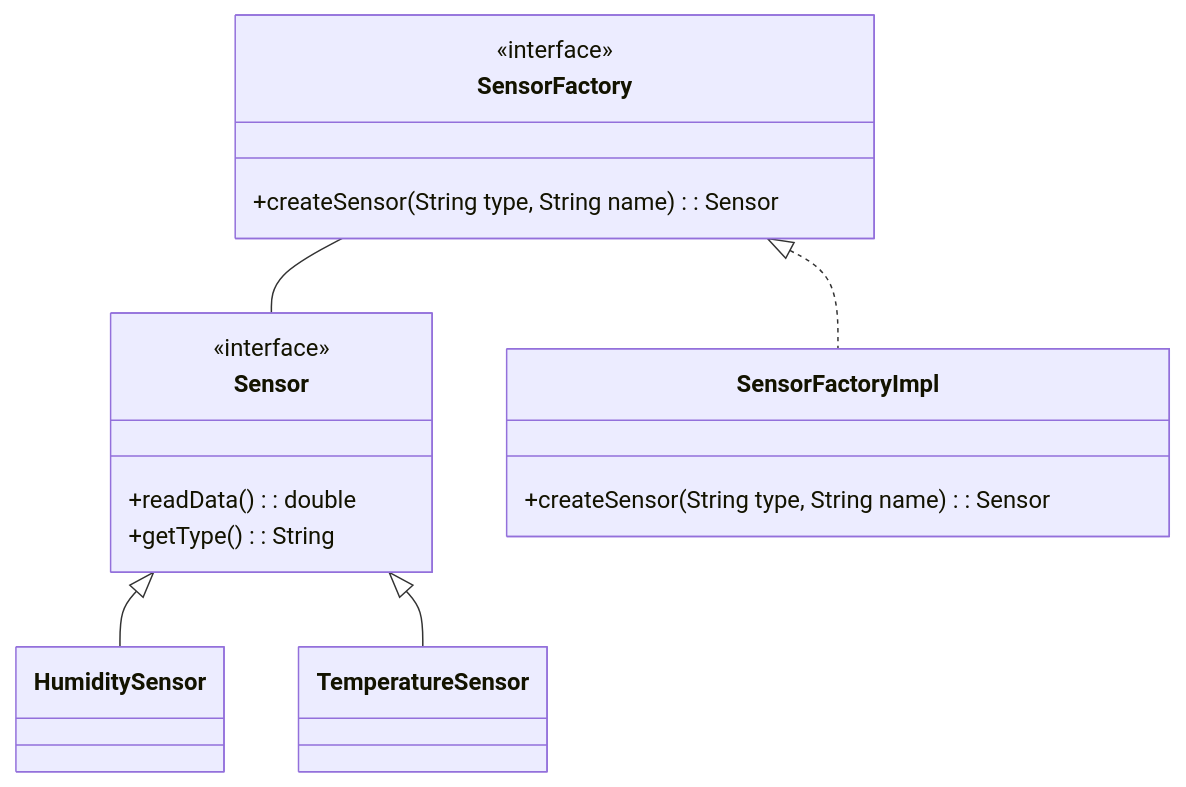
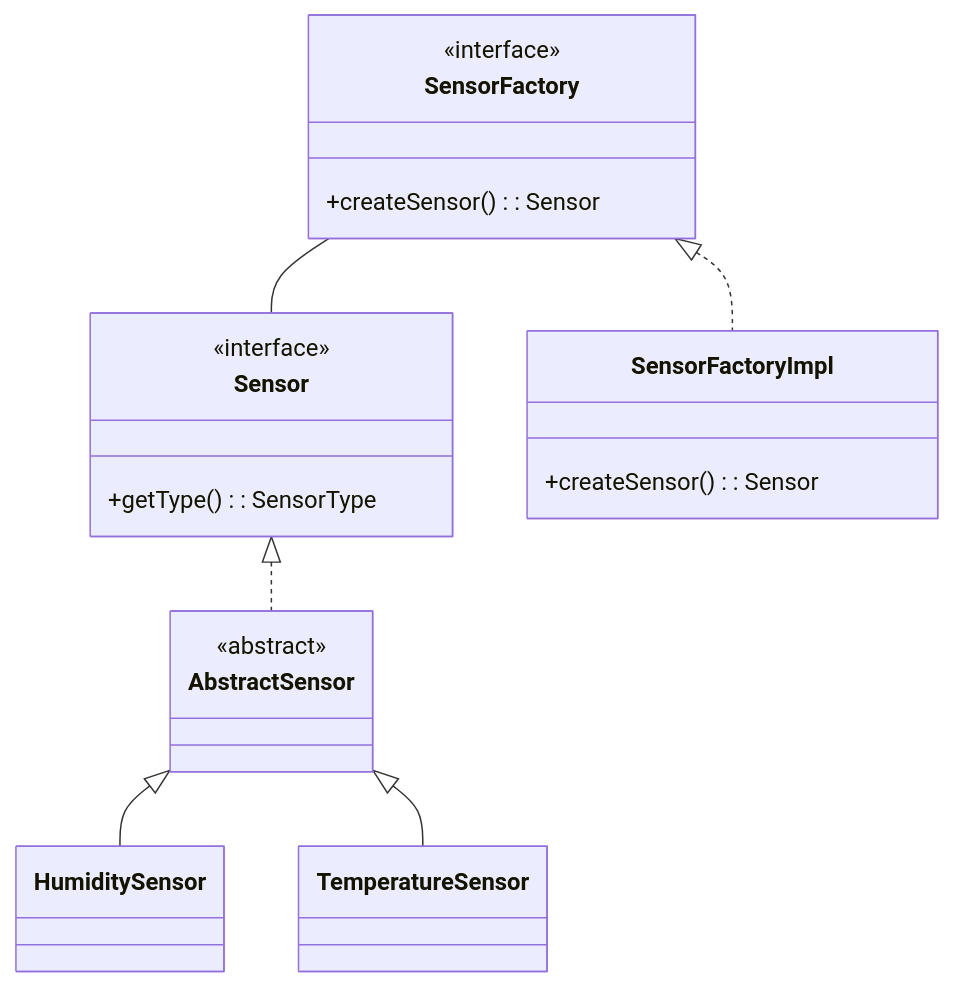
Before and after one commit to filippo16/pss-23-24-SystemGarden-Lutterotti: the third of 6 diagrams in README.md, drawn with Mermaid. The commit also changed other lines of this file, not shown here.

````diff
--- a/README.md
+++ b/README.md
@@ -216,25 +216,35 @@
 ```mermaid
 classDiagram
+
     class Sensor {
-        +readData(): double
-        +getType(): String
+        <<interface>>
+        +getType(): SensorType
     }
-    <<interface>> Sensor
 
-    class HumiditySensor
-    class TemperatureSensor 
+    class AbstractSensor {
+        <<abstract>>
+    }
+    
+    class HumiditySensor {
+
+    }
+
+    class TemperatureSensor {
+
+    }
 
     class SensorFactory {
-        +createSensor(String type, String name): Sensor
+        <<interface>>
+        +createSensor(): Sensor
     }
-    <<interface>> SensorFactory
 
     class SensorFactoryImpl {
-        +createSensor(String type, String name): Sensor
+        +createSensor(): Sensor
     }
 
-    Sensor <|-- HumiditySensor
-    Sensor <|-- TemperatureSensor
+    Sensor <|.. AbstractSensor
+    AbstractSensor <|-- HumiditySensor
+    AbstractSensor <|-- TemperatureSensor
     SensorFactory <|.. SensorFactoryImpl
     SensorFactory -- Sensor
 ```
````
